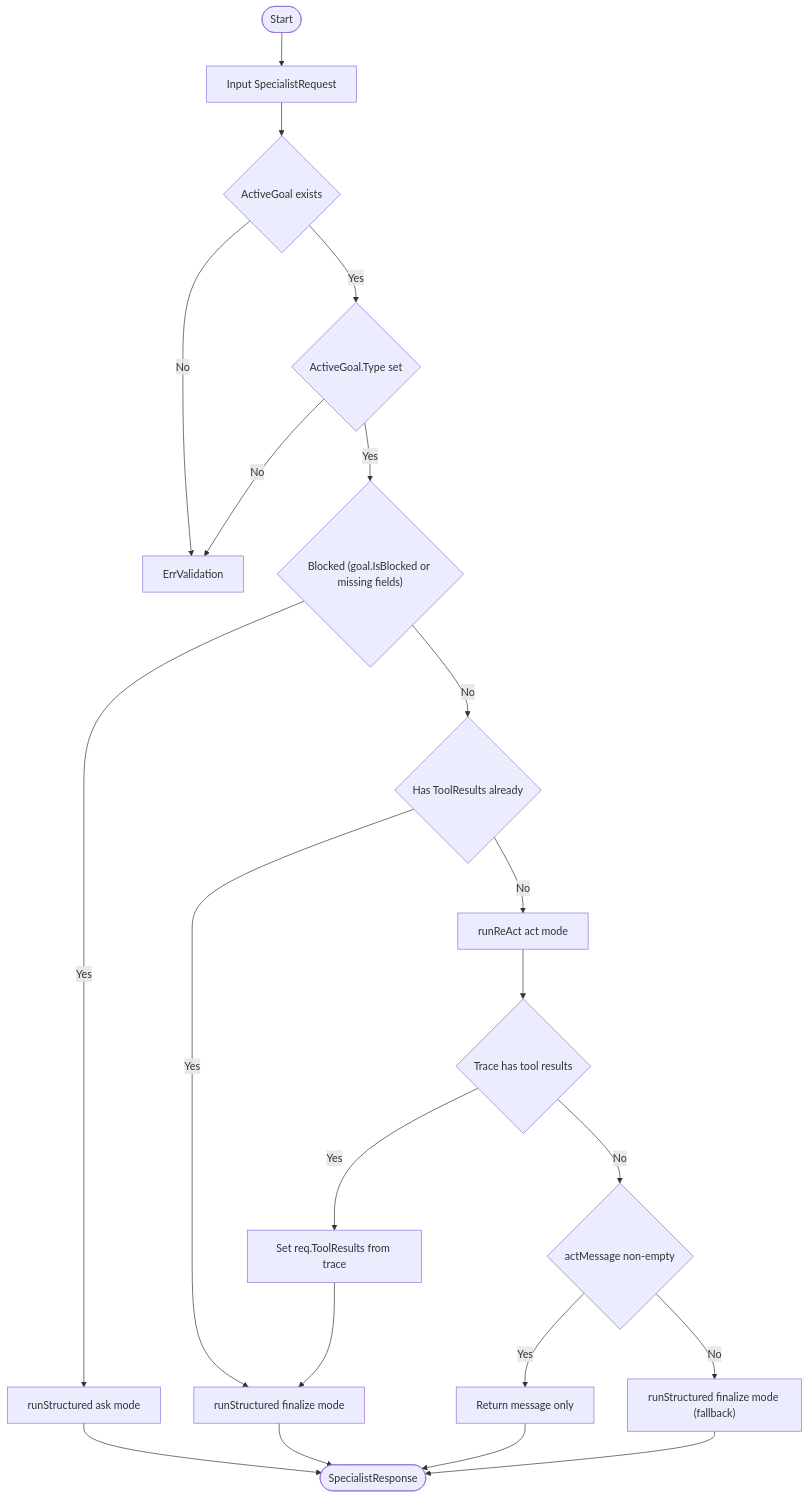
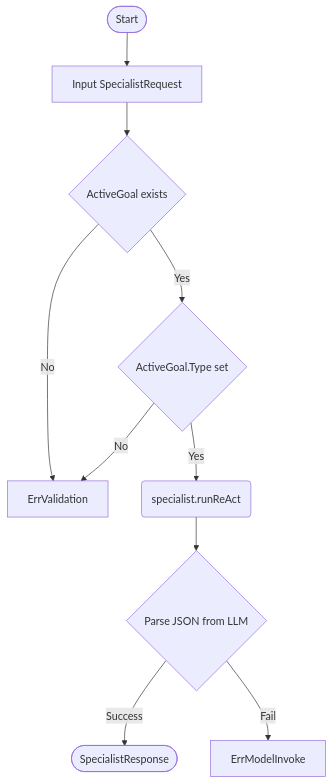
Before and after one commit to tanpawarit/Chative-Advanced-Task-Oriented-Dialogue: the first of 2 diagrams in flow_specialist.md, drawn with Mermaid. The commit also changed other lines of this file and 9 other files, not shown here.

Commit message:
refactor: Unify specialist agent prompts to a single structured JSON output format and generalize LLM graph compilation.

````diff
--- a/flow_specialist.md
+++ b/flow_specialist.md
@@ -3,29 +3,14 @@
 ```mermaid
 flowchart TD
     Start([Start]) --> IN["Input SpecialistRequest"]
 
     IN --> V1{"ActiveGoal exists"}
     V1 -- No --> E1["ErrValidation"]
     V1 -- Yes --> V2{"ActiveGoal.Type set"}
     V2 -- No --> E1
-    V2 -- Yes --> B{"Blocked (goal.IsBlocked or missing fields)"}
+    V2 -- Yes --> RE("specialist.runReAct")
 
-    B -- Yes --> SAsk["runStructured ask mode"]
-    SAsk --> Out([SpecialistResponse])
-
-    B -- No --> TR{"Has ToolResults already"}
-    TR -- Yes --> SFinal["runStructured finalize mode"]
-    SFinal --> Out
-
-    TR -- No --> RE["runReAct act mode"]
-
-    RE --> R0{"Trace has tool results"}
-    R0 -- Yes --> SetTR["Set req.ToolResults from trace"]
-    SetTR --> SFinal
-
-    R0 -- No --> M{"actMessage non-empty"}
-    M -- Yes --> MsgOnly["Return message only"]
-    MsgOnly --> Out
-    M -- No --> SFallback["runStructured finalize mode (fallback)"]
-    SFallback --> Out
+    RE --> JParse{"Parse JSON from LLM"}
+    JParse -- Success --> Out([SpecialistResponse])
+    JParse -- Fail --> E2["ErrModelInvoke"]
 ```
````
